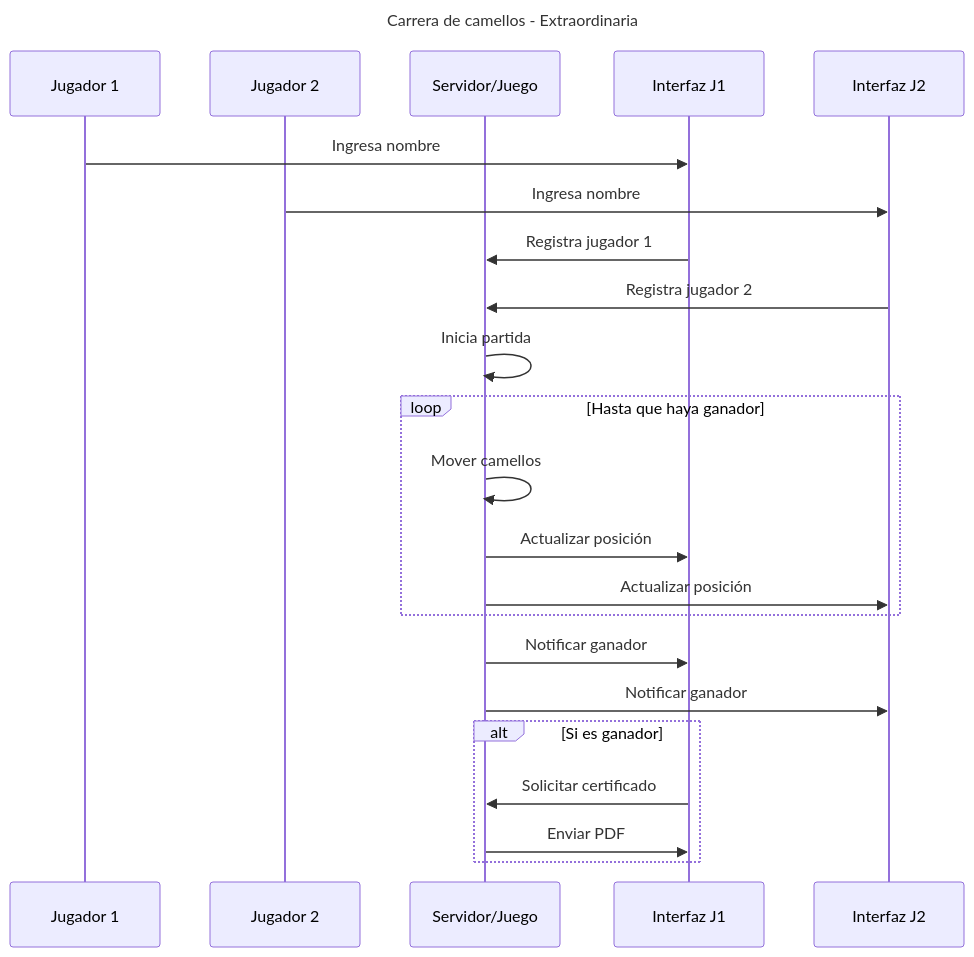
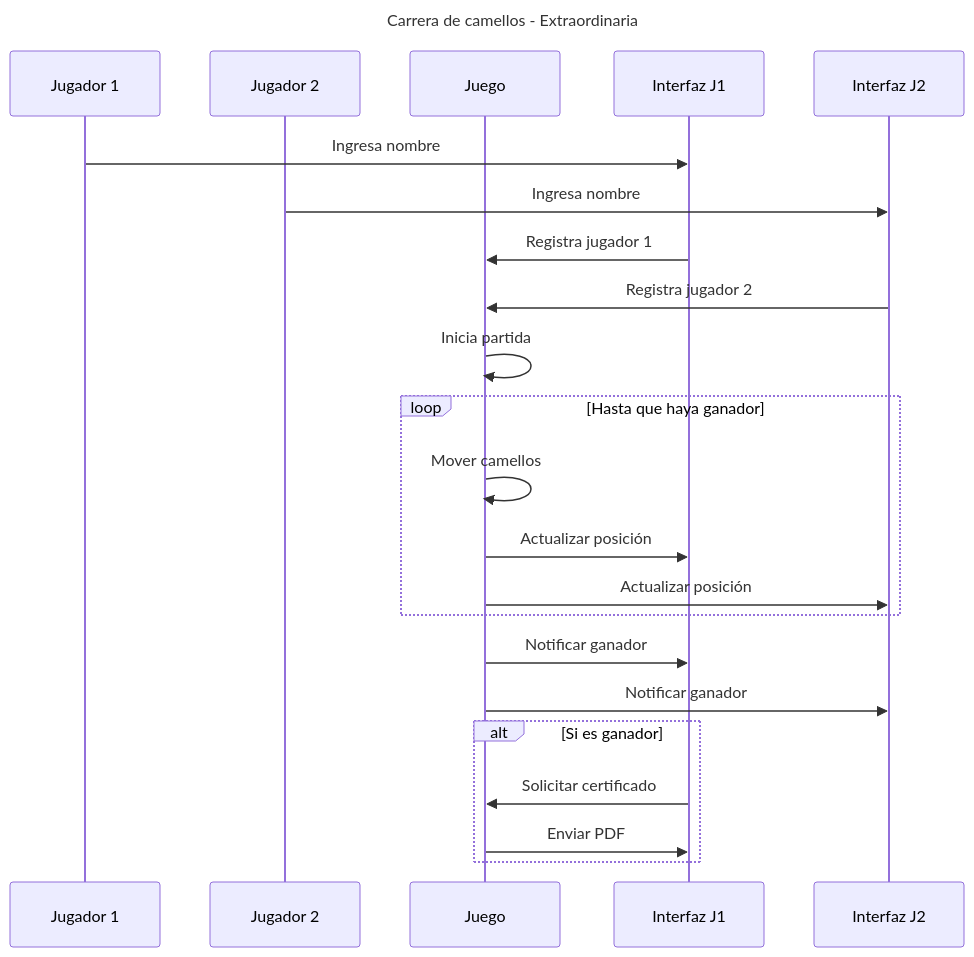
The second of 2 diagrams in README.md (AndySanchezV/PSP_Camellos), drawn with Mermaid before and after one commit. The commit also changed other lines of this file, not shown here.

````diff
--- a/README.md
+++ b/README.md
@@ -41,28 +41,28 @@
 ```mermaid
 ---
 title: Carrera de camellos - Extraordinaria
 ---
 sequenceDiagram
     participant J1 as Jugador 1
     participant J2 as Jugador 2
-    participant S as Servidor/Juego
+    participant S as Juego
     participant IG1 as Interfaz J1
     participant IG2 as Interfaz J2
 
     J1->>IG1: Ingresa nombre
     J2->>IG2: Ingresa nombre
     IG1->>S: Registra jugador 1
     IG2->>S: Registra jugador 2
     S->>S: Inicia partida
     loop Hasta que haya ganador
         S->>S: Mover camellos
         S->>IG1: Actualizar posición
         S->>IG2: Actualizar posición
     end
     S->>IG1: Notificar ganador
     S->>IG2: Notificar ganador
     alt Si es ganador
         IG1->>S: Solicitar certificado
         S->>IG1: Enviar PDF
     end
 ```
````
